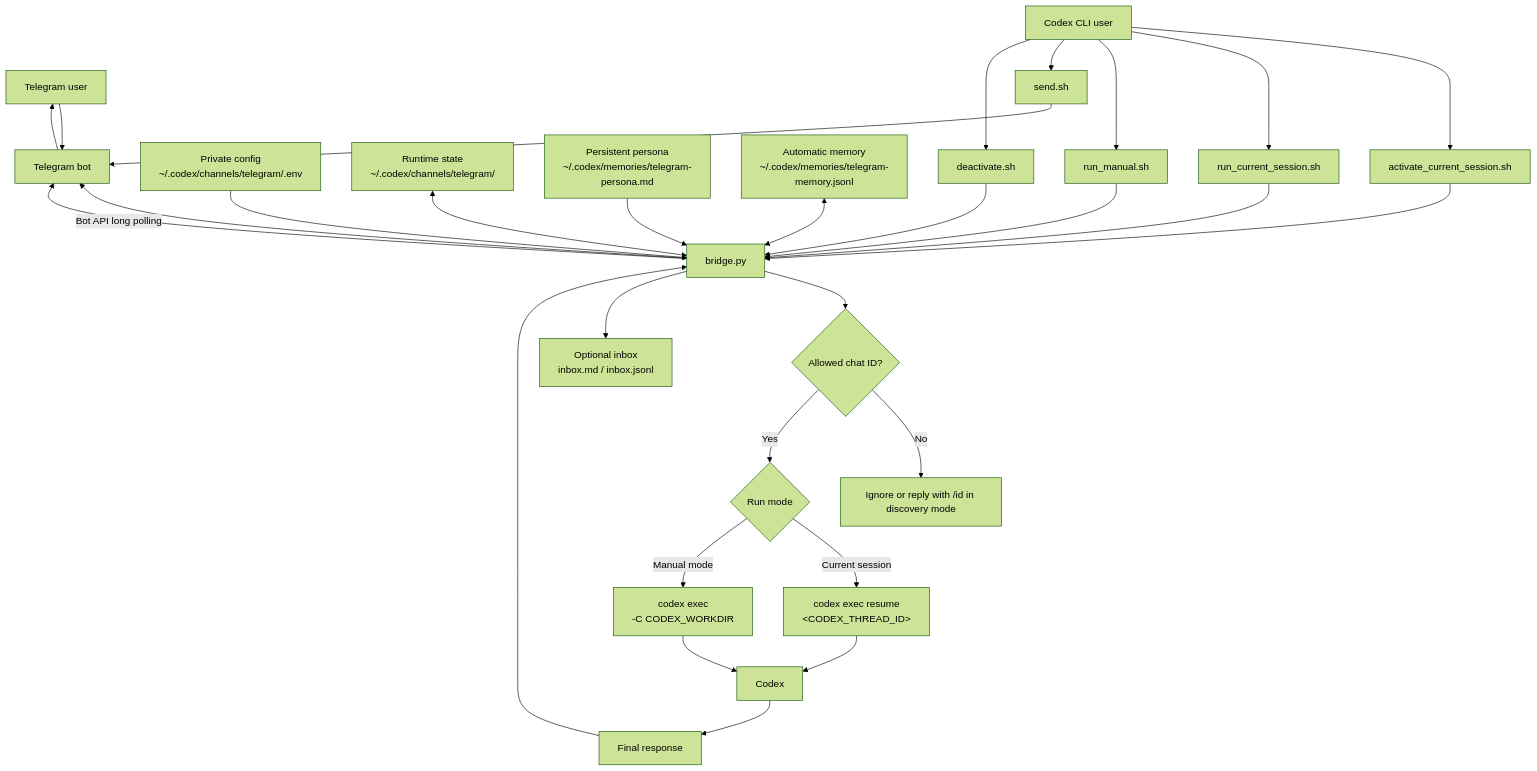
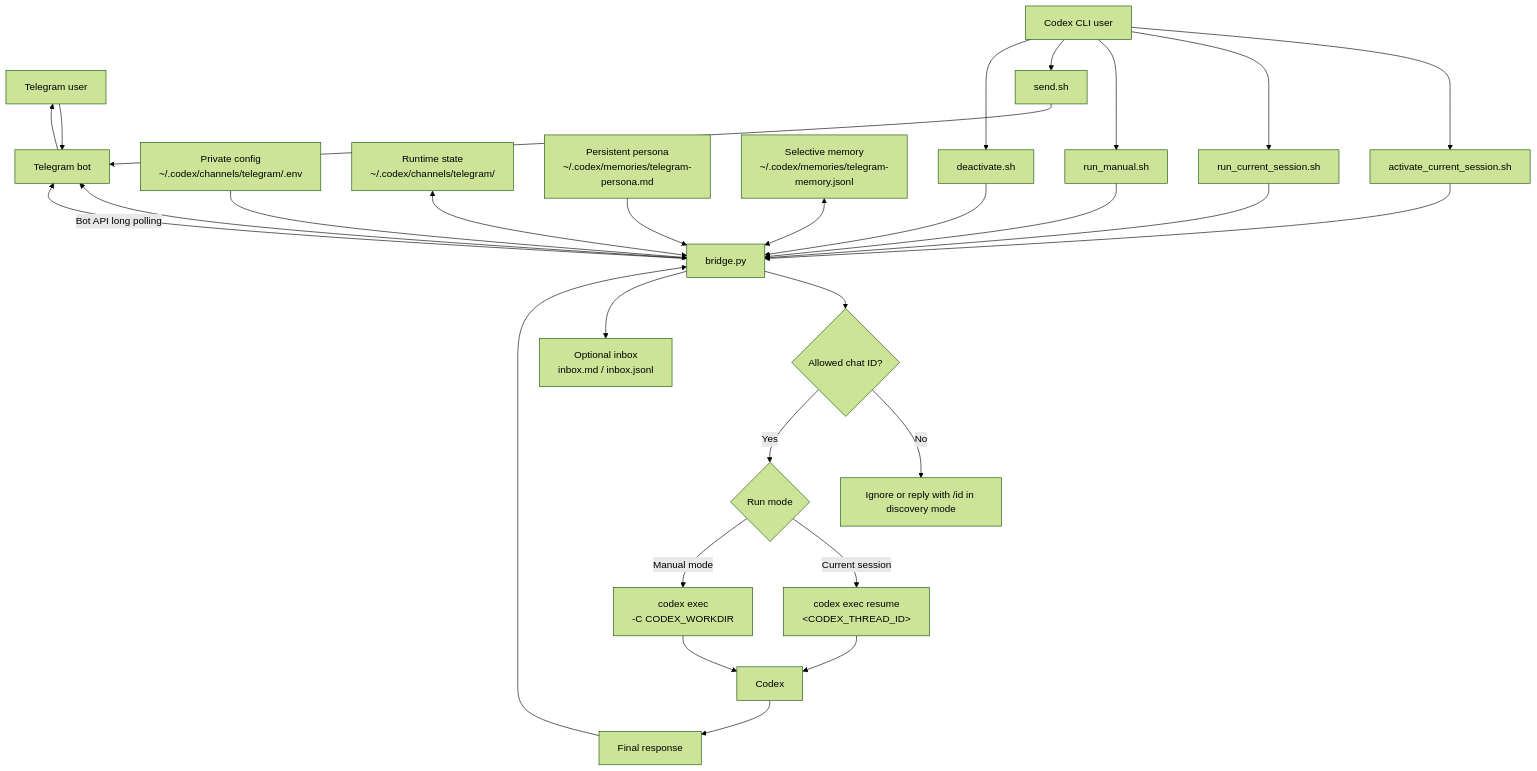
The diagram in README.md (yingwang/codex-telegram-bridge), drawn with Mermaid (forest theme) before and after one commit. The commit also changed other lines of this file and 3 other files, not shown here.

Commit message:
Make Telegram memory selective

````diff
--- a/README.md
+++ b/README.md
@@ -21,38 +21,38 @@
 ```mermaid
 flowchart TD
   user[Telegram user] --> bot[Telegram bot]
   bot <-->|Bot API long polling| bridge[bridge.py]
 
   env[Private config<br/>~/.codex/channels/telegram/.env] --> bridge
   state[Runtime state<br/>~/.codex/channels/telegram/] <--> bridge
 
   bridge --> gate{Allowed chat ID?}
   gate -->|No| reject[Ignore or reply with /id in discovery mode]
   gate -->|Yes| mode{Run mode}
 
   mode -->|Current session| resume[codex exec resume<br/>&lt;CODEX_THREAD_ID&gt;]
   mode -->|Manual mode| exec[codex exec<br/>-C CODEX_WORKDIR]
 
   resume --> codex[Codex]
   exec --> codex
   codex --> reply[Final response]
   reply --> bridge
   bridge --> bot
   bot --> user
 
   bridge --> inbox[Optional inbox<br/>inbox.md / inbox.jsonl]
   persona[Persistent persona<br/>~/.codex/memories/telegram-persona.md] --> bridge
-  memory[Automatic memory<br/>~/.codex/memories/telegram-memory.jsonl] <--> bridge
+  memory[Selective memory<br/>~/.codex/memories/telegram-memory.jsonl] <--> bridge
 
   cli[Codex CLI user] --> activate[activate_current_session.sh]
   cli --> foreground[run_current_session.sh]
   cli --> manual[run_manual.sh]
   cli --> send[send.sh]
   cli --> stop[deactivate.sh]
 
   activate --> bridge
   foreground --> bridge
   manual --> bridge
   send --> bot
   stop --> bridge
 ```
````
